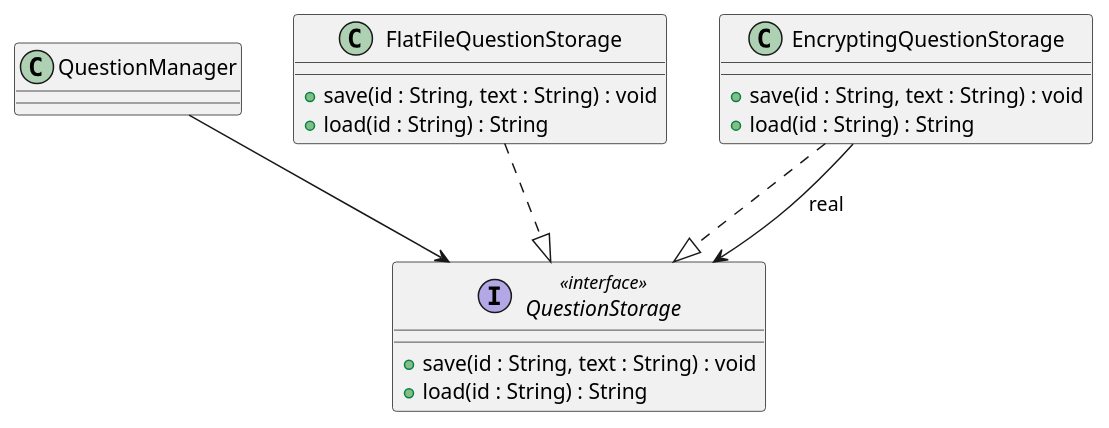
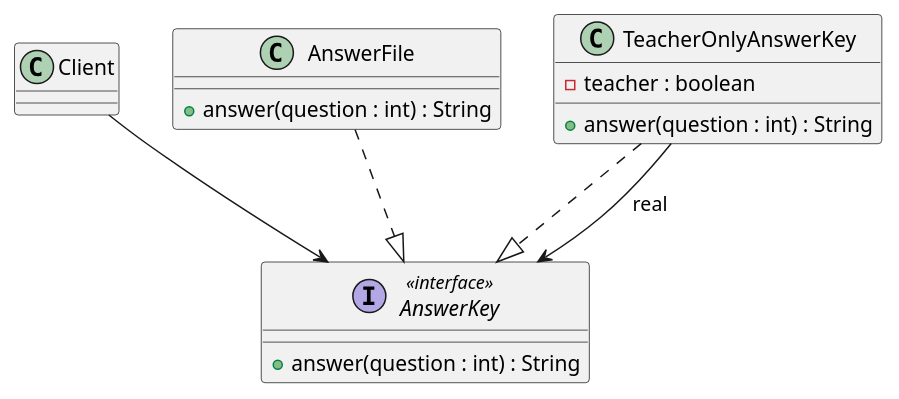
Before and after one commit to HAN-Craftsmanship-KL-JJG/oose-study: the first of 7 diagrams in app/patterns/_sections/proxy.mdx, drawn with PlantUML. The commit also changed other lines of this file and 7 other files, not shown here.

````diff
--- a/app/patterns/_sections/proxy.mdx
+++ b/app/patterns/_sections/proxy.mdx
@@ -12,19 +13,17 @@
 ```plantuml
-class QuestionManager
-interface QuestionStorage <<interface>> {
-  +save(id : String, text : String) : void
-  +load(id : String) : String
+class Client
+interface AnswerKey <<interface>> {
+  +answer(question : int) : String
 }
-class FlatFileQuestionStorage {
-  +save(id : String, text : String) : void
-  +load(id : String) : String
+class AnswerFile {
+  +answer(question : int) : String
 }
-class EncryptingQuestionStorage {
-  +save(id : String, text : String) : void
-  +load(id : String) : String
+class TeacherOnlyAnswerKey {
+  -teacher : boolean
+  +answer(question : int) : String
 }
-QuestionManager --> QuestionStorage
-FlatFileQuestionStorage ..|> QuestionStorage
-EncryptingQuestionStorage ..|> QuestionStorage
-EncryptingQuestionStorage --> QuestionStorage : real
+Client --> AnswerKey
+AnswerFile ..|> AnswerKey
+TeacherOnlyAnswerKey ..|> AnswerKey
+TeacherOnlyAnswerKey --> AnswerKey : real
 ```
````
